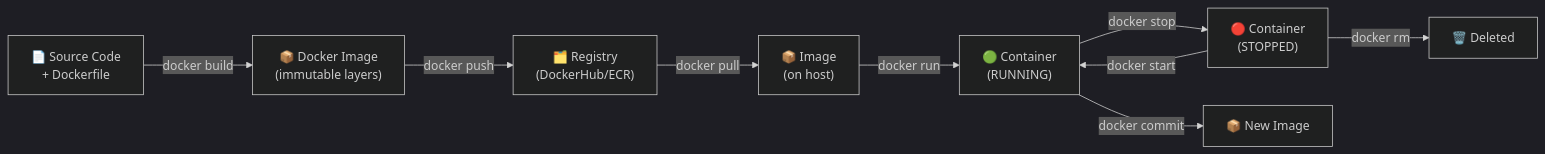
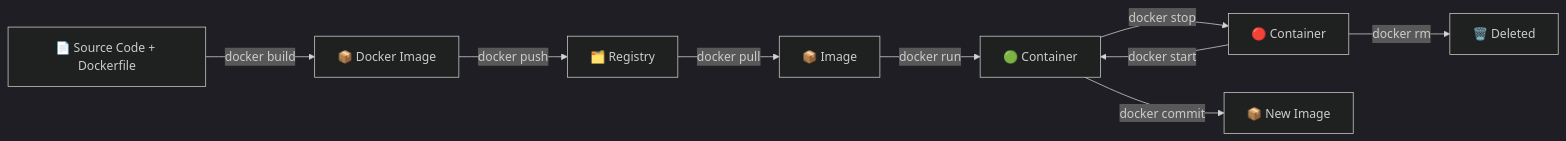
Before and after one commit to naveenkumar1661997/notes: the second of 2 diagrams in docker.md, drawn with Mermaid (dark theme). The commit also changed other lines of this file and 12 other files, not shown here.

```diff
--- a/docker.md
+++ b/docker.md
@@ -59,11 +59,11 @@
 <pre class="mermaid">
 flowchart LR
-    CODE["📄 Source Code\n+ Dockerfile"] -->|docker build| IMAGE["📦 Docker Image\n(immutable layers)"]
-    IMAGE -->|docker push| REG["🗂️ Registry\n(DockerHub/ECR)"]
-    REG  -->|docker pull| IMAGE2["📦 Image\n(on host)"]
-    IMAGE2 -->|docker run| CONT["🟢 Container\n(RUNNING)"]
-    CONT -->|docker stop| STOP["🔴 Container\n(STOPPED)"]
+    CODE["📄 Source Code + Dockerfile"] -->|docker build| IMAGE["📦 Docker Image "]
+    IMAGE -->|docker push| REG["🗂️ Registry "]
+    REG  -->|docker pull| IMAGE2["📦 Image "]
+    IMAGE2 -->|docker run| CONT["🟢 Container "]
+    CONT -->|docker stop| STOP["🔴 Container "]
     STOP -->|docker start| CONT
     STOP -->|docker rm| DEL["🗑️ Deleted"]
     CONT -->|docker commit| NEWIMG["📦 New Image"]
 </pre>
```
